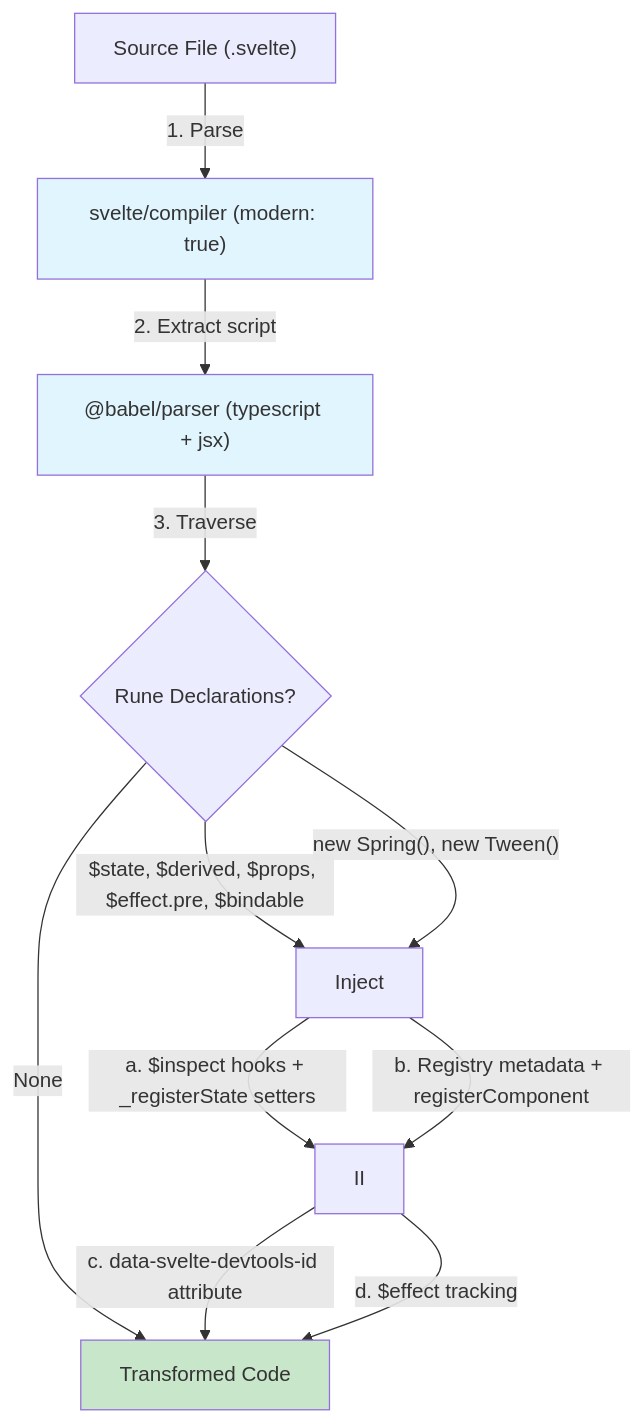
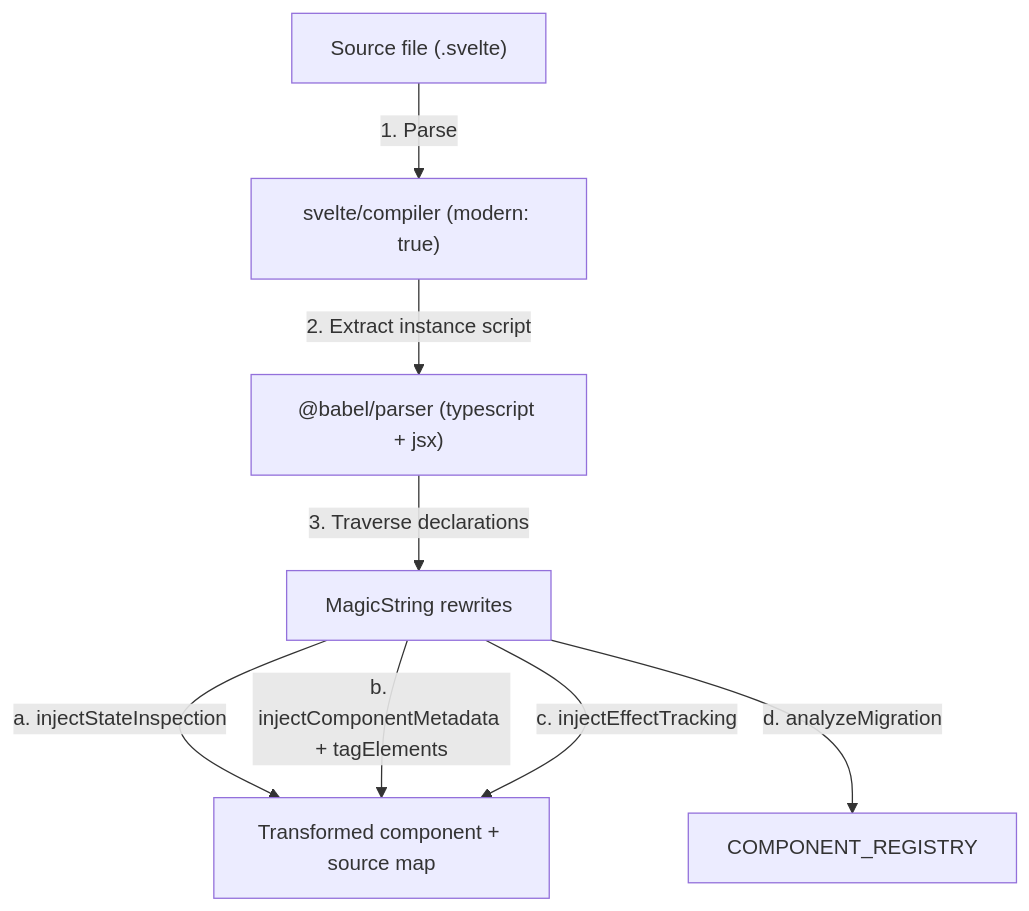
The diagram in docs/02_vite-plugin.md (fsodano/svelte-devtools), drawn with Mermaid before and after one commit. The commit also changed other lines of this file and 43 other files, not shown here.

````diff
--- a/docs/02_vite-plugin.md
+++ b/docs/02_vite-plugin.md
@@ -116,19 +152,10 @@
 ```mermaid
 flowchart TB
-    SF["Source File (.svelte)"] -->|"1. Parse"| SA["svelte/compiler (modern: true)"]
-    SA -->|"2. Extract script"| BABEL["@babel/parser (typescript + jsx)"]
-    BABEL -->|"3. Traverse"| SD{"Rune Declarations?"}
-
-    SD -->|"$state, $derived, $props, $effect.pre, $bindable"| IM["Inject"]
-    SD -->|"new Spring(), new Tween()"| IM
-    SD -->|"None"| TC["Transformed Code"]
-
-    IM -->|"a. $inspect hooks + _registerState setters"| II
-    IM -->|"b. Registry metadata + registerComponent"| II
-    II -->|"c. data-svelte-devtools-id attribute"| TC
-    II -->|"d. $effect tracking"| TC
-
-    style SA fill:#e1f5fe
-    style BABEL fill:#e1f5fe
-    style TC fill:#c8e6c9
+    SF["Source file (.svelte)"] -->|"1. Parse"| SA["svelte/compiler (modern: true)"]
+    SA -->|"2. Extract instance script"| BABEL["@babel/parser (typescript + jsx)"]
+    BABEL -->|"3. Traverse declarations"| INJ["MagicString rewrites"]
+    INJ -->|"a. injectStateInspection"| TC["Transformed component + source map"]
+    INJ -->|"b. injectComponentMetadata + tagElements"| TC
+    INJ -->|"c. injectEffectTracking"| TC
+    INJ -->|"d. analyzeMigration"| REG["COMPONENT_REGISTRY"]
 ```
````
